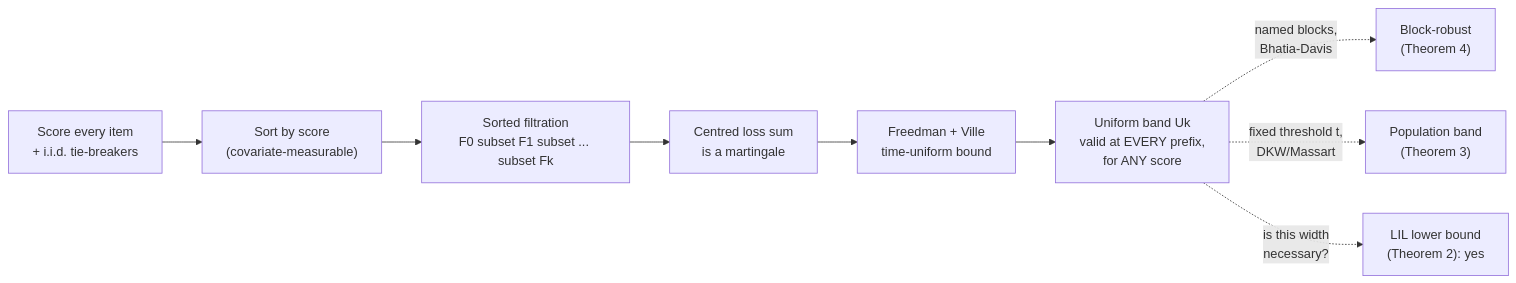
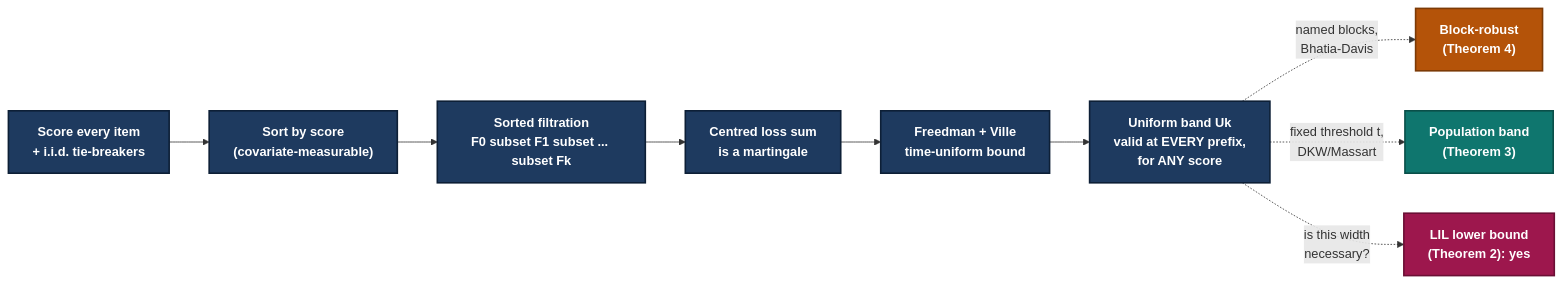
Before and after one commit to meherabb/iterlog-risk: the diagram in README.md, drawn with Mermaid. The commit also changed other lines of this file, not shown here.

````diff
--- a/README.md
+++ b/README.md
@@ -76,11 +76,21 @@
 ```mermaid
 flowchart LR
     A["Score every item<br/>+ i.i.d. tie-breakers"] --> B["Sort by score<br/>(covariate-measurable)"]
     B --> C["Sorted filtration<br/>F0 subset F1 subset ... subset Fk"]
     C --> D["Centred loss sum<br/>is a martingale"]
     D --> E["Freedman + Ville<br/>time-uniform bound"]
     E --> F["Uniform band Uk<br/>valid at EVERY prefix,<br/>for ANY score"]
     F -.->|"named blocks,<br/>Bhatia-Davis"| G["Block-robust<br/>(Theorem 4)"]
     F -.->|"fixed threshold t,<br/>DKW/Massart"| H["Population band<br/>(Theorem 3)"]
     F -.->|"is this width<br/>necessary?"| I["LIL lower bound<br/>(Theorem 2): yes"]
+
+    classDef pipeline fill:#1e3a5f,stroke:#0d1f36,stroke-width:2px,color:#ffffff,font-weight:600
+    classDef blockNode fill:#b45309,stroke:#7c3a06,stroke-width:2px,color:#ffffff,font-weight:600
+    classDef popNode fill:#0f766e,stroke:#0a4f49,stroke-width:2px,color:#ffffff,font-weight:600
+    classDef lilNode fill:#9d174d,stroke:#6b0f35,stroke-width:2px,color:#ffffff,font-weight:600
+
+    class A,B,C,D,E,F pipeline
+    class G blockNode
+    class H popNode
+    class I lilNode
 ```
````
